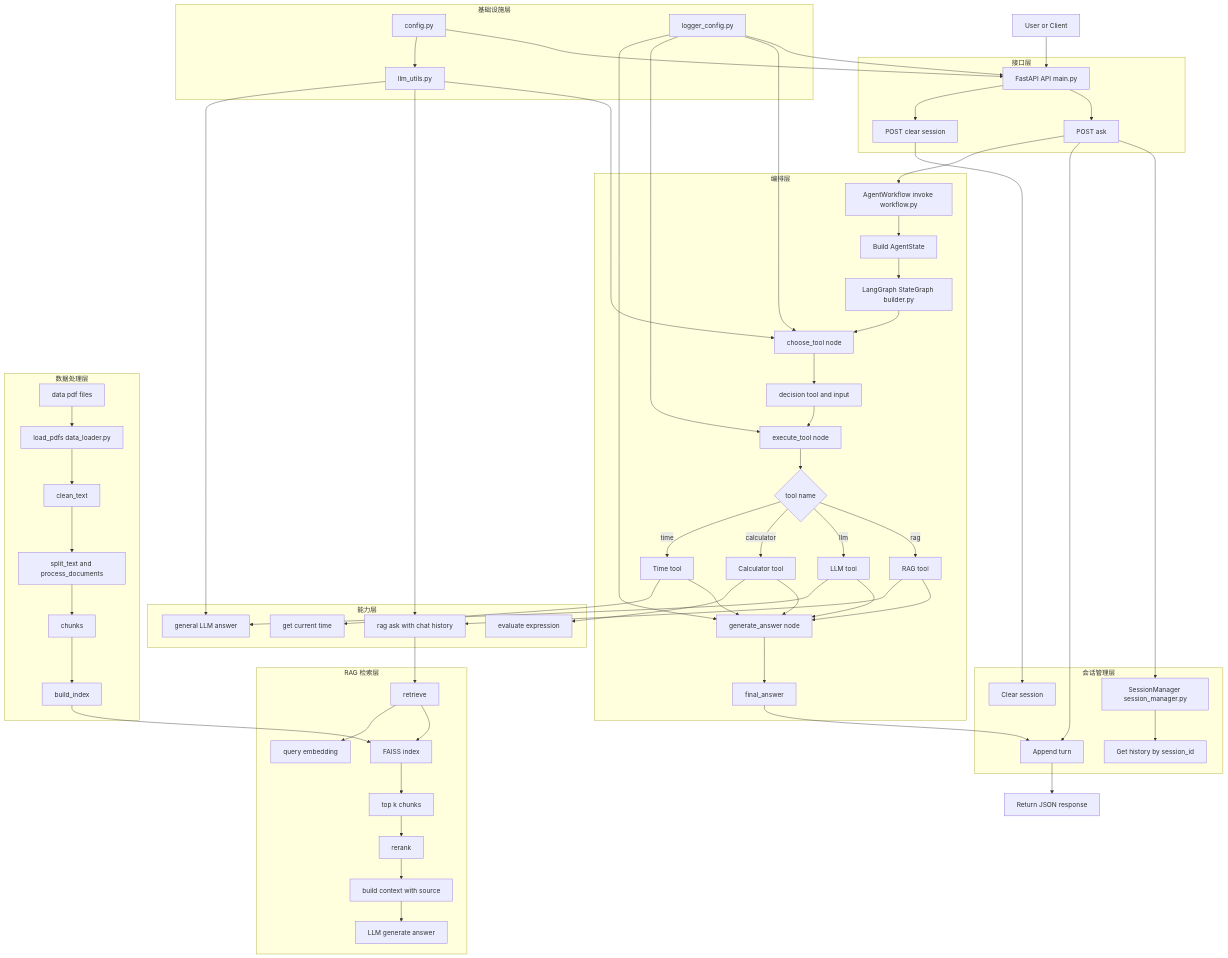
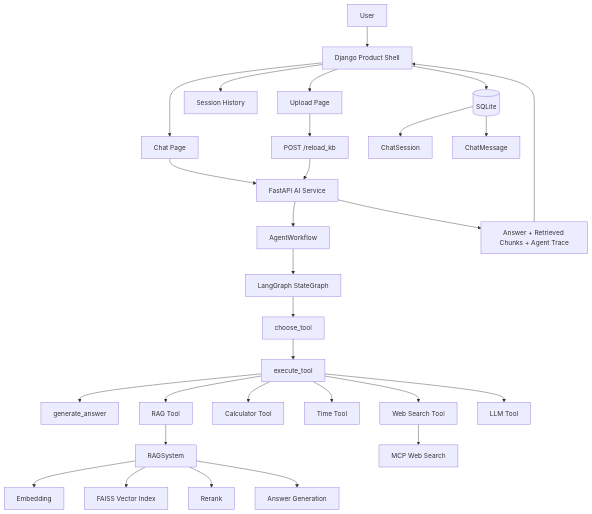
One commit to 1186141415/Paper-RAG-Agent-with-LangGraph changed the diagram in README.md. Above: the diagram before and after it, drawn with Mermaid. The commit also changed other lines of this file and 14 other files, not shown here.

Commit message:
Complete Django wrapper with upload trace and README

````diff
--- a/README.md
+++ b/README.md
@@ -12,85 +159,40 @@
 ```mermaid
 flowchart TD
-    A[User or Client] --> B[FastAPI API main.py]
+    U[User] --> D[Django Product Shell]
 
-    subgraph API_Layer[接口层]
-        B --> B1[POST ask]
-        B --> B2[POST clear session]
-    end
+    D --> C1[Chat Page]
+    D --> C2[Upload Page]
+    D --> C3[Session History]
 
-    subgraph Session_Layer[会话管理层]
-        B1 --> C[SessionManager session_manager.py]
-        C --> C1[Get history by session_id]
-        B1 --> C2[Append turn]
-        B2 --> C3[Clear session]
-    end
+    C1 --> API[FastAPI AI Service]
+    C2 --> R[POST /reload_kb]
+    R --> API
 
-    subgraph Workflow_Layer[编排层]
-        B1 --> D[AgentWorkflow invoke workflow.py]
-        D --> E[Build AgentState]
-        E --> F[LangGraph StateGraph builder.py]
+    API --> W[AgentWorkflow]
+    W --> G[LangGraph StateGraph]
 
-        F --> G[choose_tool node]
-        G --> H[decision tool and input]
+    G --> N1[choose_tool]
+    N1 --> N2[execute_tool]
+    N2 --> N3[generate_answer]
 
-        H --> I[execute_tool node]
-        I --> J{tool name}
+    N2 --> T1[RAG Tool]
+    N2 --> T2[Calculator Tool]
+    N2 --> T3[Time Tool]
+    N2 --> T4[Web Search Tool]
+    N2 --> T5[LLM Tool]
 
-        J -->|rag| K[RAG tool]
-        J -->|llm| L[LLM tool]
-        J -->|calculator| M[Calculator tool]
-        J -->|time| N[Time tool]
+    T1 --> RS[RAGSystem]
+    RS --> E[Embedding]
+    RS --> F[FAISS Vector Index]
+    RS --> RR[Rerank]
+    RS --> A[Answer Generation]
 
-        K --> O[generate_answer node]
-        L --> O
-        M --> O
-        N --> O
+    T4 --> MCP[MCP Web Search]
 
-        O --> P[final_answer]
-    end
+    API --> RESP[Answer + Retrieved Chunks + Agent Trace]
+    RESP --> D
 
-    subgraph Tool_Layer[能力层]
-        K --> K1[rag ask with chat history]
-        L --> L1[general LLM answer]
-        M --> M1[evaluate expression]
-        N --> N1[get current time]
-    end
-
-    subgraph RAG_Layer[RAG 检索层]
-        K1 --> R1[retrieve]
-        R1 --> R2[FAISS index]
-        R1 --> R3[query embedding]
-        R2 --> R4[top k chunks]
-        R4 --> R5[rerank]
-        R5 --> R6[build context with source]
-        R6 --> R7[LLM generate answer]
-    end
-
-    subgraph Data_Layer[数据处理层]
-        S[data pdf files] --> T[load_pdfs data_loader.py]
-        T --> U[clean_text]
-        U --> V[split_text and process_documents]
-        V --> W[chunks]
-        W --> X[build_index]
-    end
-
-    subgraph Infra_Layer[基础设施层]
-        Y[config.py]
-        Z[llm_utils.py]
-        AA[logger_config.py]
-    end
-
-    X --> R2
-    Y --> B
-    Y --> Z
-    Z --> G
-    Z --> K1
-    Z --> L1
-    AA --> B
-    AA --> G
-    AA --> I
-    AA --> O
-
-    P --> C2
-    C2 --> Q[Return JSON response]
+    D --> DB[(SQLite)]
+    DB --> S1[ChatSession]
+    DB --> S2[ChatMessage]
 ```
````
